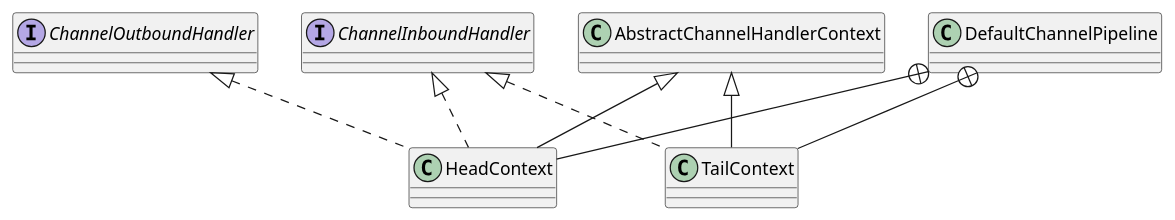
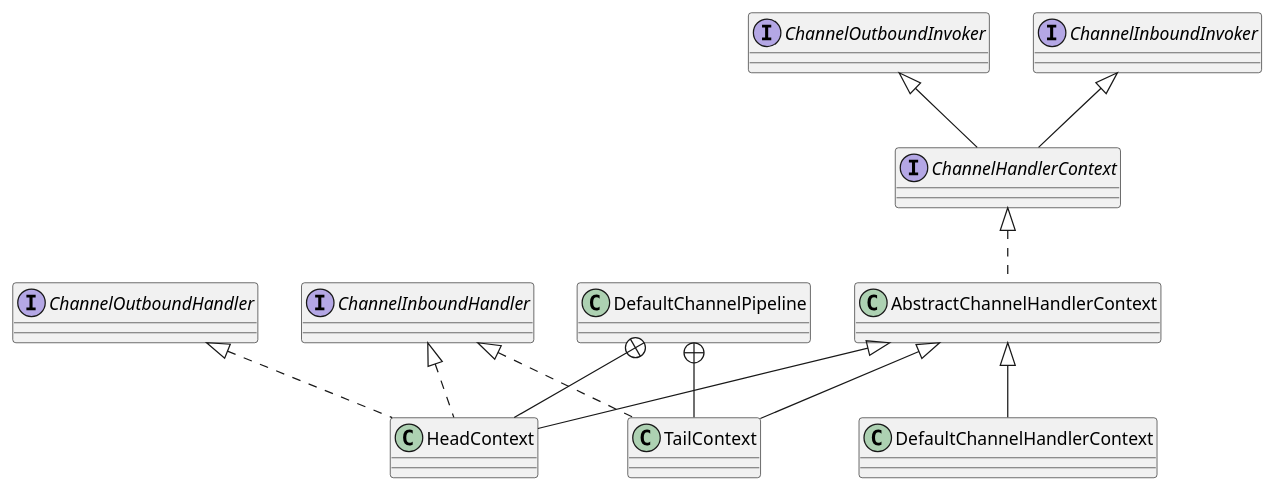
One commit to mengxianbin/cs-notes changed the diagram in Architecture/Netty/Pipeline/DefaultChannelPipeline/Hierarchy.md. Above: the diagram before and after it, drawn with PlantUML. The commit also changed 19 other files, not shown here.

````diff
--- a/Architecture/Netty/Pipeline/DefaultChannelPipeline/Hierarchy.md
+++ b/Architecture/Netty/Pipeline/DefaultChannelPipeline/Hierarchy.md
@@ -1,18 +1,28 @@
 ```puml
 @startuml
 
 HeadContext -up-+ DefaultChannelPipeline
 TailContext -up-+ DefaultChannelPipeline
 
 interface ChannelInboundHandler
 interface ChannelOutboundHandler
 
+HeadContext -up-|> AbstractChannelHandlerContext
 HeadContext .up.|> ChannelInboundHandler
 HeadContext .up.|> ChannelOutboundHandler
-HeadContext -up-|> AbstractChannelHandlerContext
 
 TailContext -up-|> AbstractChannelHandlerContext
 TailContext .up.|> ChannelInboundHandler
 
+DefaultChannelHandlerContext -up-|> AbstractChannelHandlerContext
+
+interface ChannelHandlerContext
+interface ChannelInboundInvoker
+interface ChannelOutboundInvoker
+
+AbstractChannelHandlerContext .up.|> ChannelHandlerContext
+ChannelHandlerContext -up-|> ChannelInboundInvoker
+ChannelHandlerContext -up-|> ChannelOutboundInvoker
+
 @enduml
 ```
````
